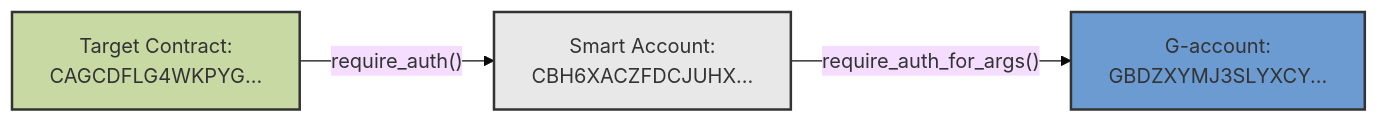
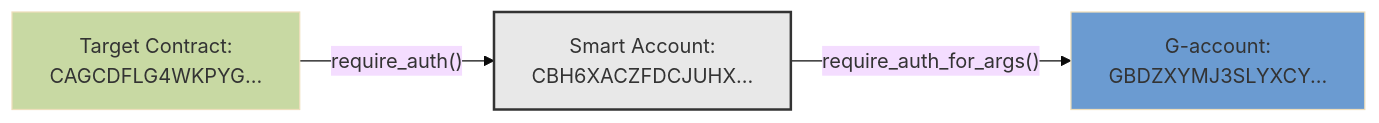
Before and after one commit to OpenZeppelin/docs: the second of 3 diagrams in content/stellar-contracts/accounts/signers-and-verifiers.mdx, drawn with Mermaid (base theme). The commit also changed other lines of this file and 3 other files, not shown here.

Commit message:
add mermaid charts and apply suggestions

````diff
--- a/content/stellar-contracts/accounts/signers-and-verifiers.mdx
+++ b/content/stellar-contracts/accounts/signers-and-verifiers.mdx
@@ -94,13 +94,13 @@
 ```mermaid
 graph LR
     G1[G-account:</br>GBDZXYMJ3SLYXCY...]
     SA1[Smart Account:</br>CBH6XACZFDCJUHX...]
     TC[Target Contract:</br>CAGCDFLG4WKPYG...]
     
     TC --> |"require_auth()"| SA1
     SA1 --> |"require_auth_for_args()"| G1
     
-    style G1 fill:#6B9BD1,stroke:#333,stroke-width:2px
+    style G1 fill:#6B9BD1
     style SA1 fill:#E8E8E8,stroke:#333,stroke-width:2px
-    style TC fill:#C8D9A3,stroke:#333,stroke-width:2px
+    style TC fill:#C8D9A3
 ```
````
